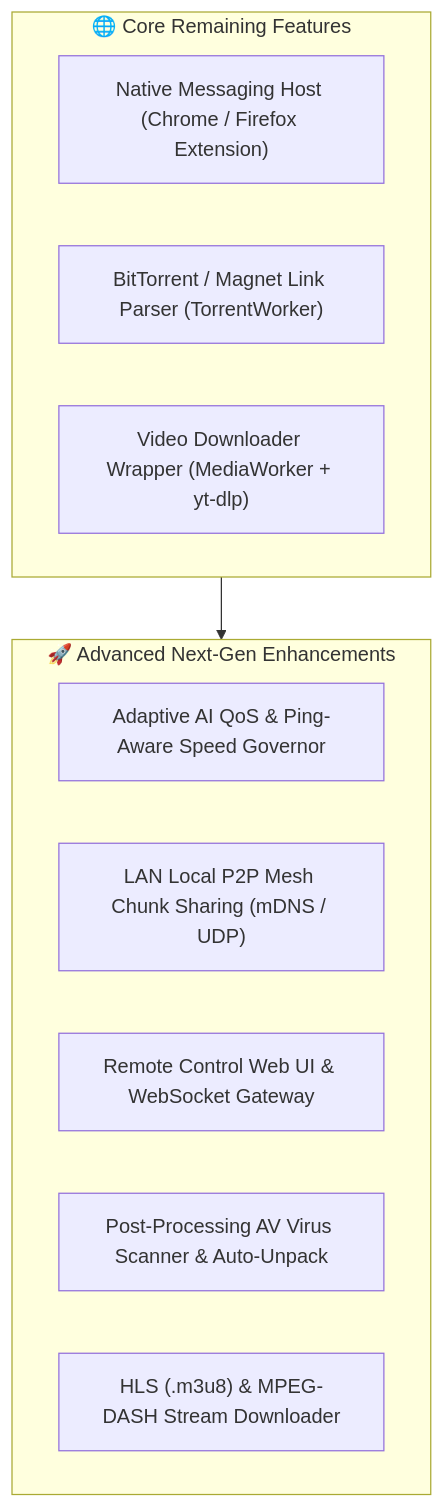
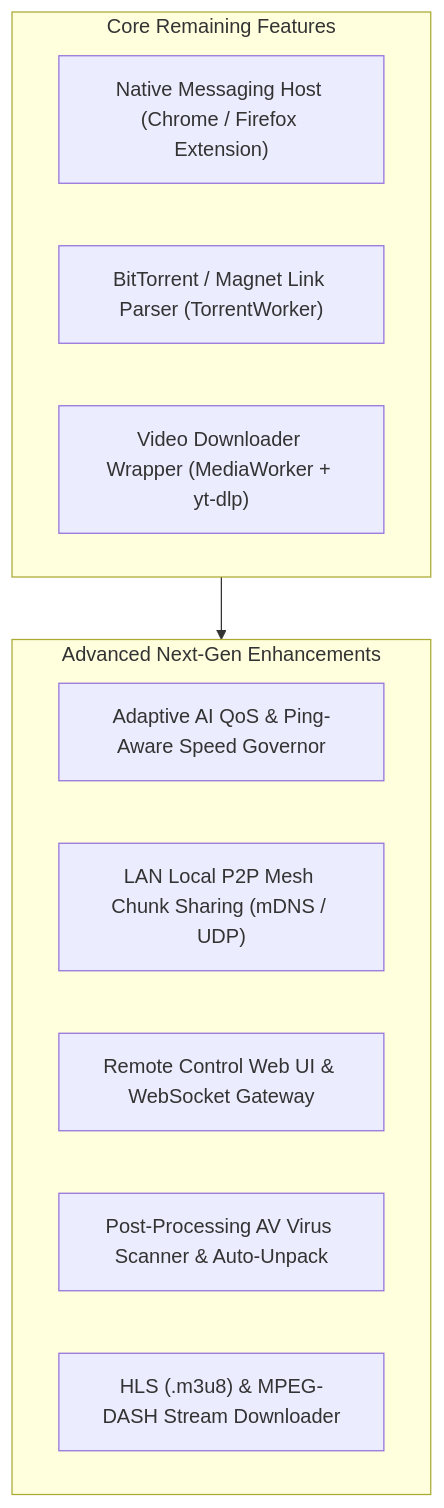
One commit to HawkdotDev/grabbit changed the diagram in implementation_plan.md. Above: the diagram before and after it, drawn with Mermaid. The commit also changed other lines of this file and 1 other file, not shown here.

````diff
--- a/implementation_plan.md
+++ b/implementation_plan.md
@@ -9,18 +9,18 @@
 ```mermaid
 graph TB
-    subgraph Core["🌐 Core Remaining Features"]
+    subgraph Core["Core Remaining Features"]
         NMH["Native Messaging Host (Chrome / Firefox Extension)"]
         MagnetWorker["BitTorrent / Magnet Link Parser (TorrentWorker)"]
         YtDlpWorker["Video Downloader Wrapper (MediaWorker + yt-dlp)"]
     end
 
-    subgraph Advanced["🚀 Advanced Next-Gen Enhancements"]
+    subgraph Advanced["Advanced Next-Gen Enhancements"]
         AdaptiveQoS["Adaptive AI QoS & Ping-Aware Speed Governor"]
         LocalMesh["LAN Local P2P Mesh Chunk Sharing (mDNS / UDP)"]
         RemoteWebUI["Remote Control Web UI & WebSocket Gateway"]
         AutoPostProcess["Post-Processing AV Virus Scanner & Auto-Unpack"]
         HlsStream["HLS (.m3u8) & MPEG-DASH Stream Downloader"]
     end
 
     Core --> Advanced
 ```
````
